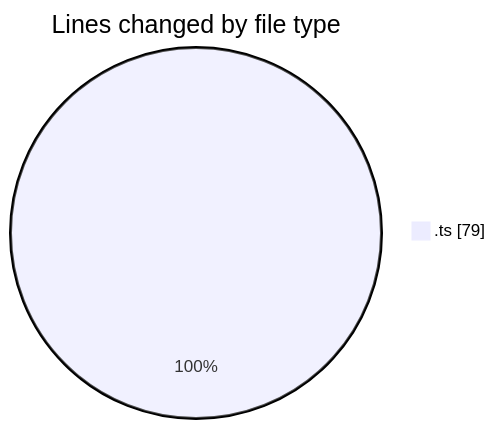
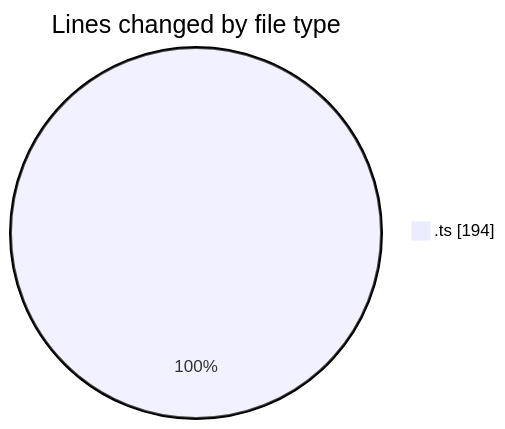
Before and after one commit to momahboobian/code-tracking: the first of 2 diagrams in 2025-10-27/cda/README.md, drawn with Mermaid. The commit also changed other lines of this file and 1 other file, not shown here.

````diff
--- a/2025-10-27/cda/README.md
+++ b/2025-10-27/cda/README.md
@@ -20,5 +21,5 @@
 ```mermaid
 pie showData
 title Lines changed by file type
-".ts" : 79
+".ts" : 194
 ```
````
